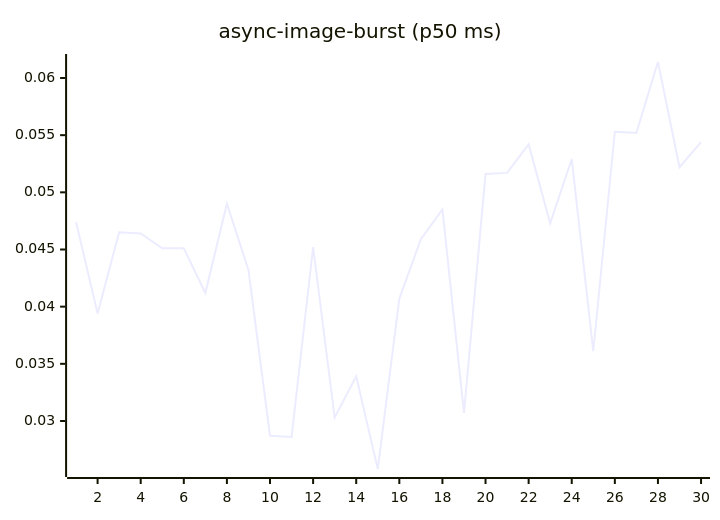
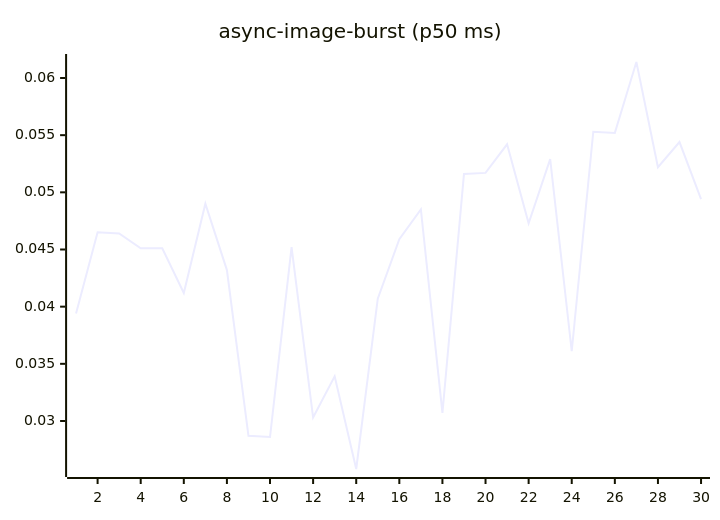
The fourth of 27 diagrams in README.md (josha/Facet), drawn with Mermaid before and after one commit. The commit also changed other lines of this file and 2 other files, not shown here.

````diff
--- a/README.md
+++ b/README.md
@@ -84,6 +84,6 @@
 ```mermaid
 xychart-beta
     title "async-image-burst (p50 ms)"
     x-axis 1 --> 30
-    line [0.0474, 0.0394, 0.0465, 0.0464, 0.0451, 0.0451, 0.0412, 0.0490, 0.0432, 0.0287, 0.0286, 0.0452, 0.0303, 0.0339, 0.0258, 0.0407, 0.0459, 0.0485, 0.0307, 0.0516, 0.0517, 0.0542, 0.0473, 0.0529, 0.0361, 0.0553, 0.0552, 0.0614, 0.0522, 0.0544]
+    line [0.0394, 0.0465, 0.0464, 0.0451, 0.0451, 0.0412, 0.0490, 0.0432, 0.0287, 0.0286, 0.0452, 0.0303, 0.0339, 0.0258, 0.0407, 0.0459, 0.0485, 0.0307, 0.0516, 0.0517, 0.0542, 0.0473, 0.0529, 0.0361, 0.0553, 0.0552, 0.0614, 0.0522, 0.0544, 0.0494]
 ```
````
